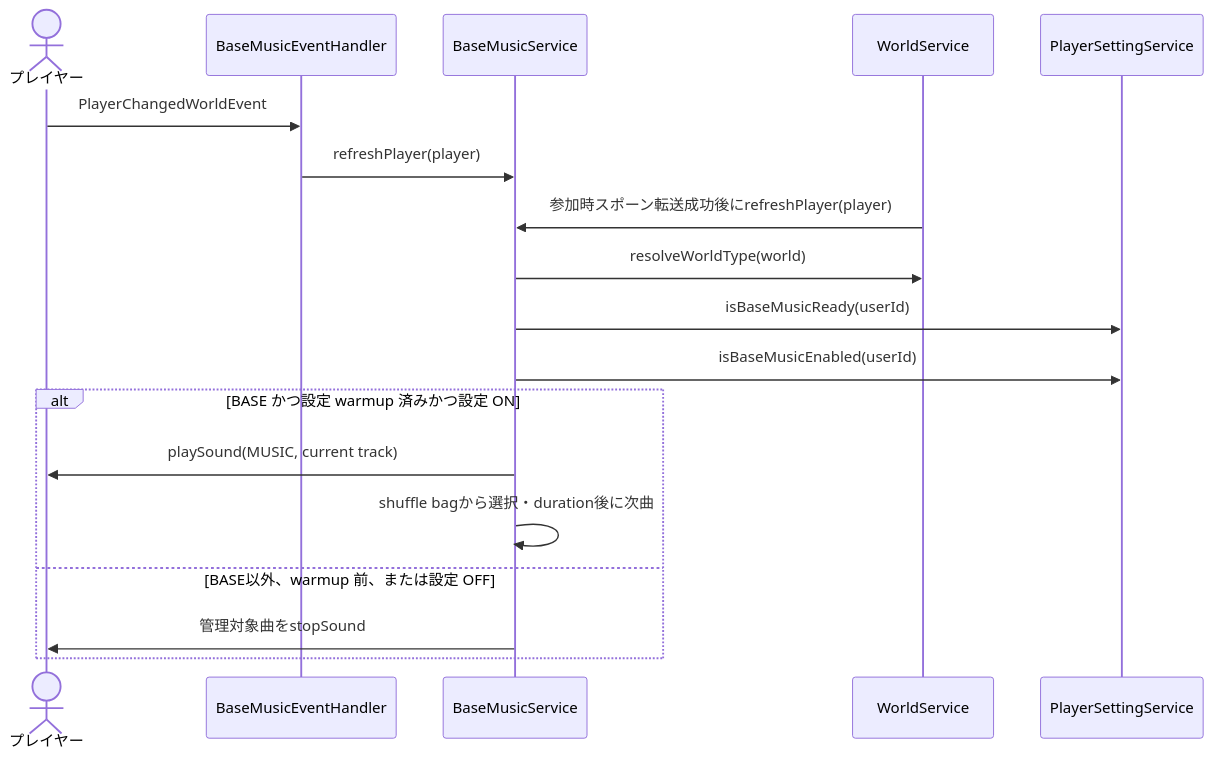
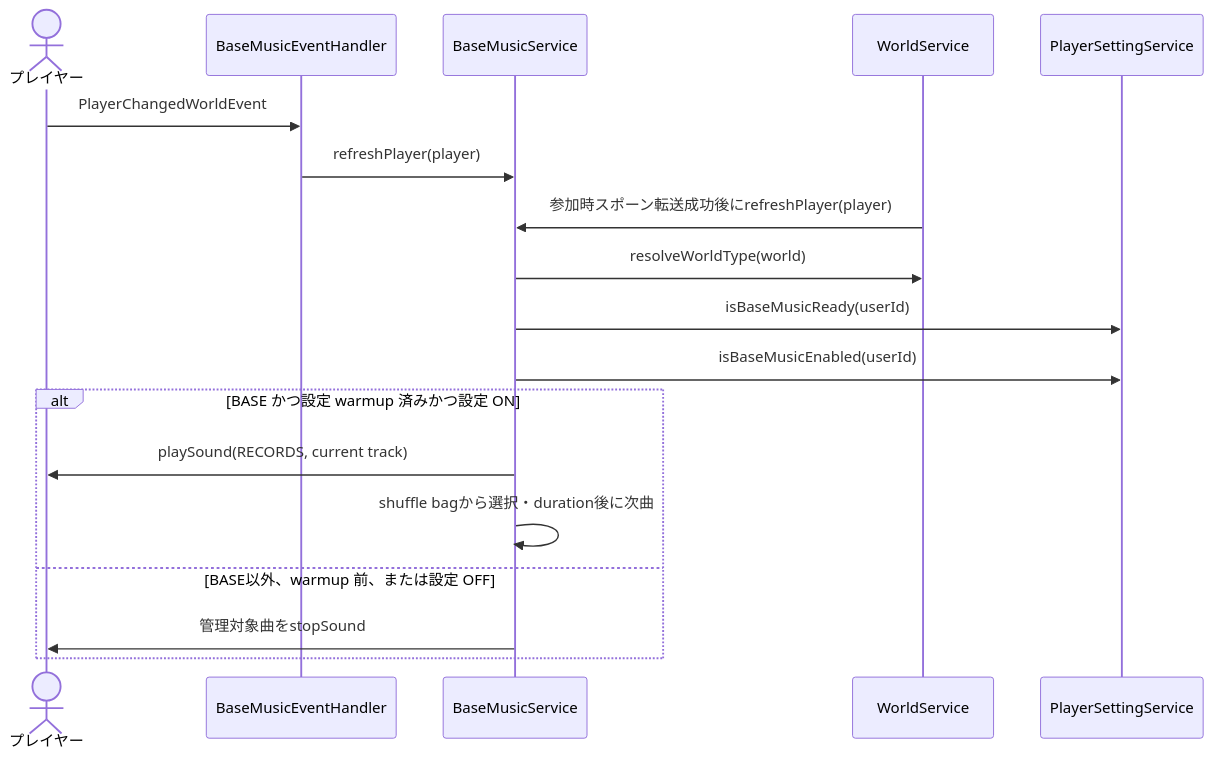
Before and after one commit to maaasu/AstralRecord-Workspace: the fifth of 5 diagrams in 00_docs/10_Plugin設計書/feature/17-world/17_4-統合フロー.md, drawn with Mermaid. The commit also changed other lines of this file and 6 other files, not shown here.

````diff
--- a/00_docs/10_Plugin設計書/feature/17-world/17_4-統合フロー.md
+++ b/00_docs/10_Plugin設計書/feature/17-world/17_4-統合フロー.md
@@ -139,20 +139,20 @@
 ```mermaid
 sequenceDiagram
     actor Player as プレイヤー
     participant Event as BaseMusicEventHandler
     participant Music as BaseMusicService
     participant World as WorldService
     participant Setting as PlayerSettingService
     Player->>Event: PlayerChangedWorldEvent
     Event->>Music: refreshPlayer(player)
     World->>Music: 参加時スポーン転送成功後にrefreshPlayer(player)
     Music->>World: resolveWorldType(world)
     Music->>Setting: isBaseMusicReady(userId)
     Music->>Setting: isBaseMusicEnabled(userId)
     alt BASE かつ設定 warmup 済みかつ設定 ON
-        Music->>Player: playSound(MUSIC, current track)
+        Music->>Player: playSound(RECORDS, current track)
         Music->>Music: shuffle bagから選択・duration後に次曲
     else BASE以外、warmup 前、または設定 OFF
         Music->>Player: 管理対象曲をstopSound
     end
 ```
````
